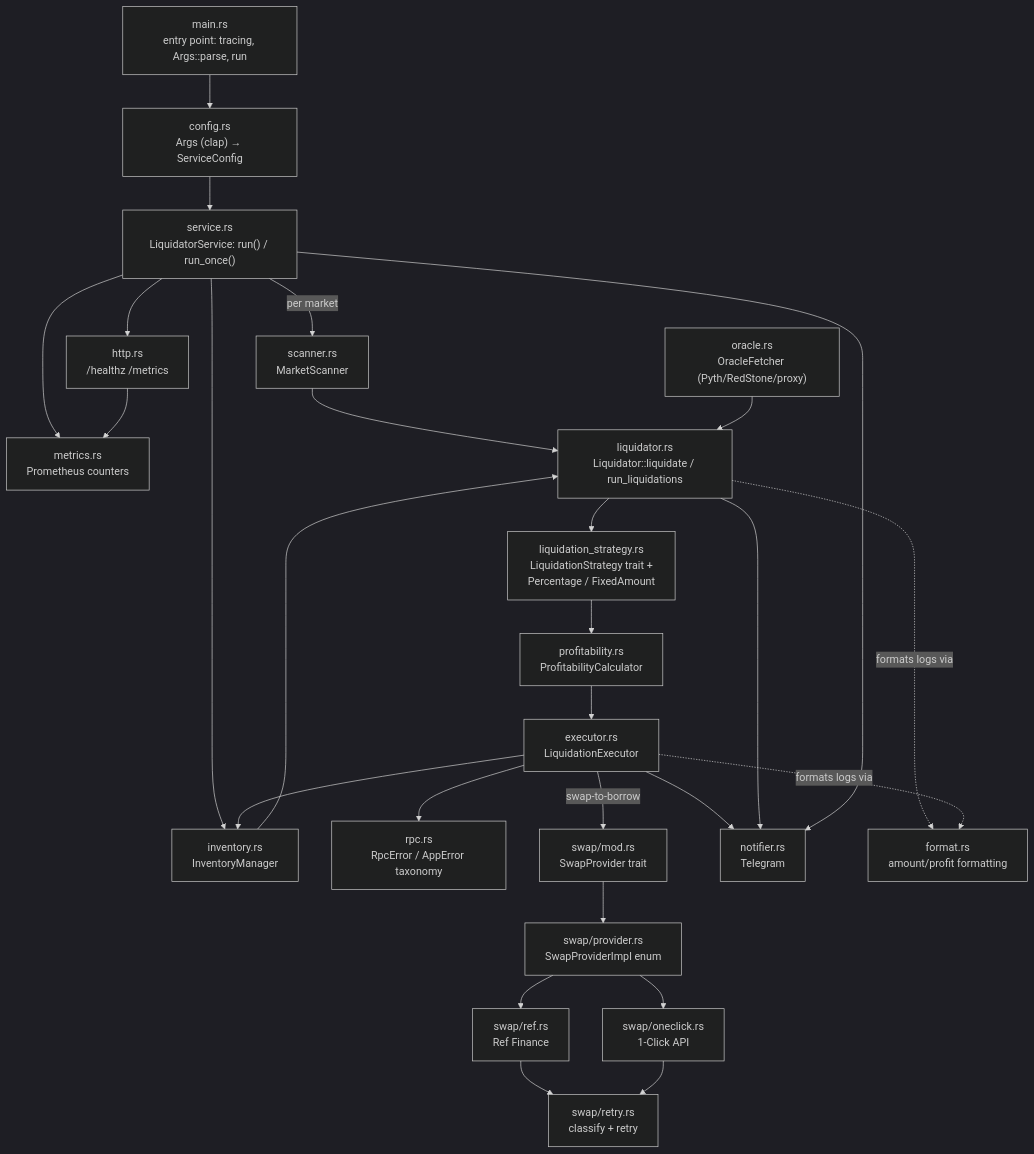
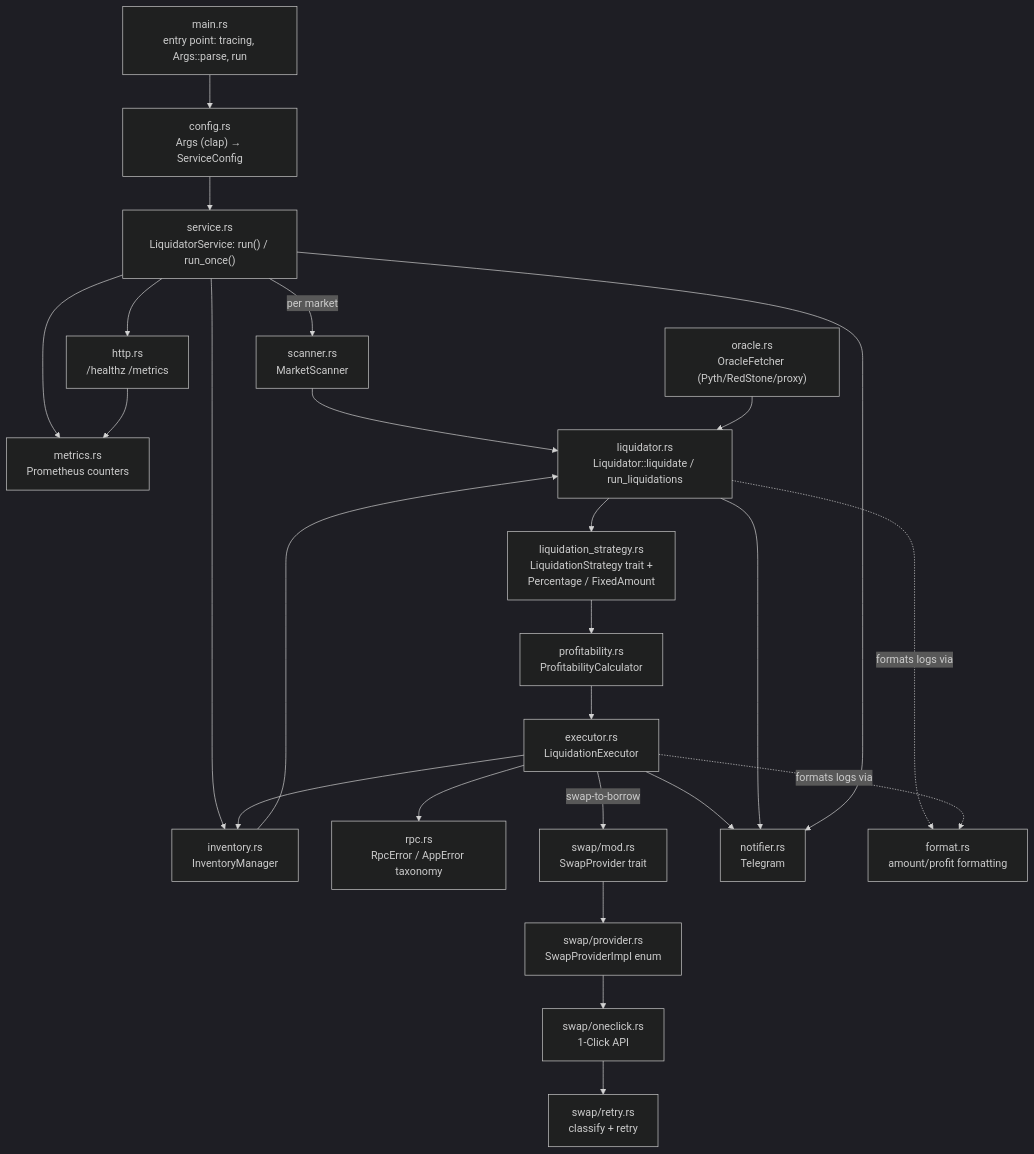
The diagram in docs/architecture.md (Templar-Protocol/templar-liquidator), drawn with Mermaid (dark theme) before and after one commit. The commit also changed other lines of this file and 17 other files, not shown here.

First line of the commit message:
refactor(swap)!: drop the Ref Finance provider, keep the multi-provider seam (#27)

````diff
--- a/docs/architecture.md
+++ b/docs/architecture.md
@@ -7,38 +7,36 @@
 ```mermaid
 flowchart TD
     Main["main.rs<br/>entry point: tracing, Args::parse, run"]
     Config["config.rs<br/>Args (clap) → ServiceConfig"]
     Service["service.rs<br/>LiquidatorService: run() / run_once()"]
 
     Main --> Config --> Service
 
     Service -->|per market| Scanner["scanner.rs<br/>MarketScanner"]
     Service --> Inventory["inventory.rs<br/>InventoryManager"]
     Service --> Metrics["metrics.rs<br/>Prometheus counters"]
     Service --> Http["http.rs<br/>/healthz /metrics"]
     Http --> Metrics
 
     Scanner --> Liquidator["liquidator.rs<br/>Liquidator::liquidate / run_liquidations"]
     Oracle["oracle.rs<br/>OracleFetcher (Pyth/RedStone/proxy)"] --> Liquidator
     Inventory --> Liquidator
 
     Liquidator --> Strategy["liquidation_strategy.rs<br/>LiquidationStrategy trait +<br/>Percentage / FixedAmount"]
     Strategy --> Profitability["profitability.rs<br/>ProfitabilityCalculator"]
     Profitability --> Executor["executor.rs<br/>LiquidationExecutor"]
 
     Executor --> Inventory
     Executor --> Rpc["rpc.rs<br/>RpcError / AppError taxonomy"]
     Executor -->|swap-to-borrow| SwapMod["swap/mod.rs<br/>SwapProvider trait"]
     SwapMod --> SwapImpl["swap/provider.rs<br/>SwapProviderImpl enum"]
-    SwapImpl --> Ref["swap/ref.rs<br/>Ref Finance"]
     SwapImpl --> OneClick["swap/oneclick.rs<br/>1-Click API"]
-    Ref --> Retry["swap/retry.rs<br/>classify + retry"]
-    OneClick --> Retry
+    OneClick --> Retry["swap/retry.rs<br/>classify + retry"]
 
     Executor --> Notifier["notifier.rs<br/>Telegram"]
     Liquidator --> Notifier
     Service --> Notifier
 
     Liquidator -.formats logs via.-> Format["format.rs<br/>amount/profit formatting"]
     Executor -.formats logs via.-> Format
 ```
````
